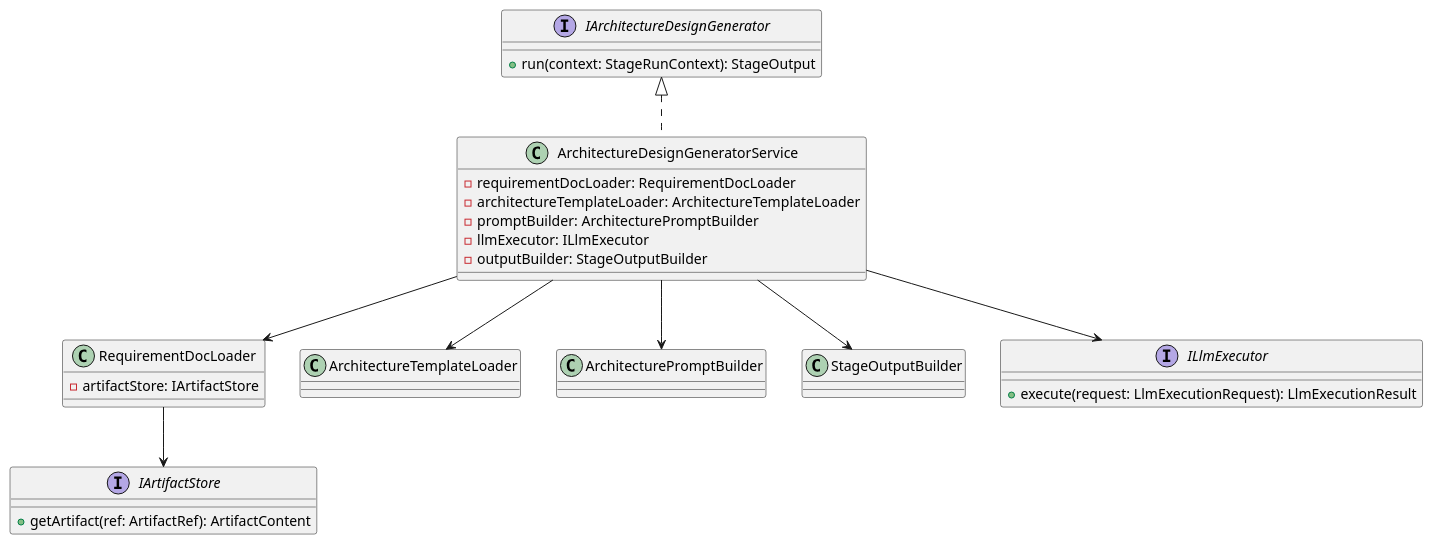
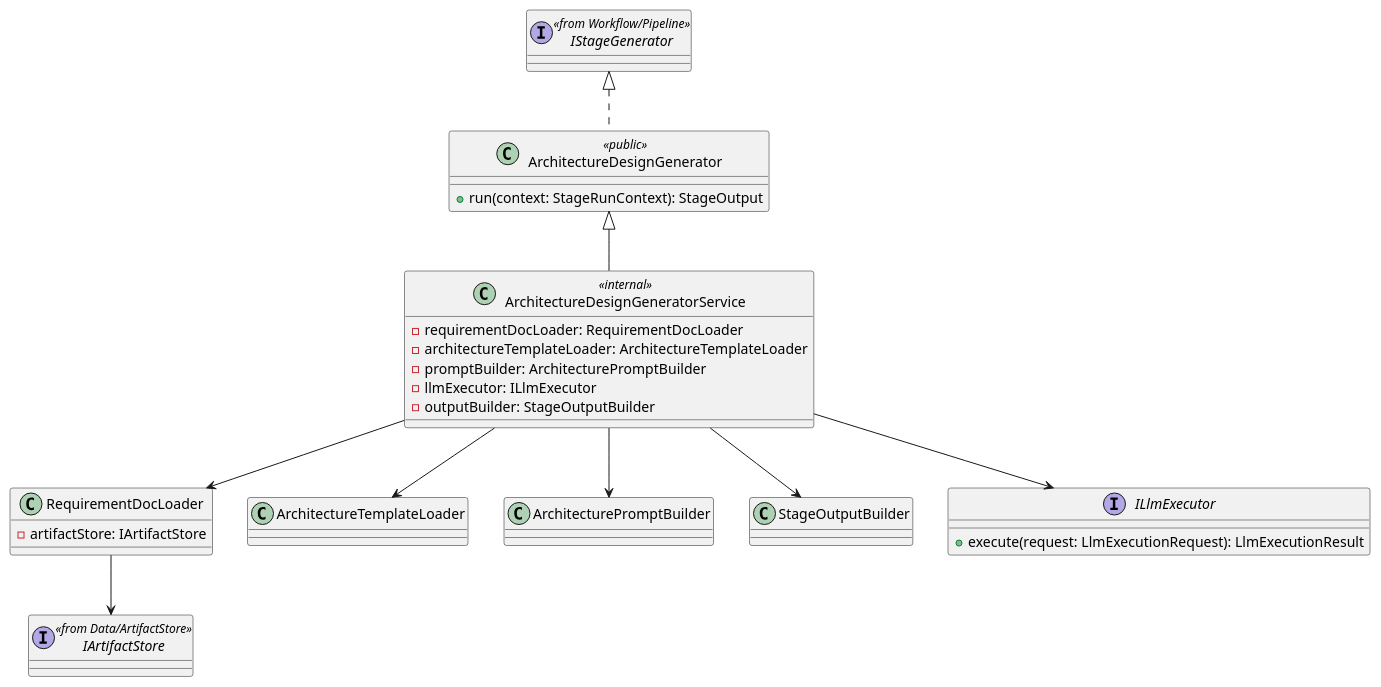
The first of 2 diagrams in meta_layer/docs/design_docs/Execution/ArchitectureDesignGenerator.md (lucky-chen/ai_workflow_travel), drawn with PlantUML before and after one commit. The commit also changed other lines of this file and 18 other files, not shown here.

````diff
--- a/meta_layer/docs/design_docs/Execution/ArchitectureDesignGenerator.md
+++ b/meta_layer/docs/design_docs/Execution/ArchitectureDesignGenerator.md
@@ -37,39 +37,40 @@
 ```plantuml
 @startuml
-interface IArchitectureDesignGenerator {
+interface IStageGenerator <<from Workflow/Pipeline>>
+
+class ArchitectureDesignGenerator <<public>> {
   +run(context: StageRunContext): StageOutput
 }
 
-class ArchitectureDesignGeneratorService {
+class ArchitectureDesignGeneratorService <<internal>> {
   -requirementDocLoader: RequirementDocLoader
   -architectureTemplateLoader: ArchitectureTemplateLoader
   -promptBuilder: ArchitecturePromptBuilder
   -llmExecutor: ILlmExecutor
   -outputBuilder: StageOutputBuilder
 }
 
 class RequirementDocLoader {
   -artifactStore: IArtifactStore
 }
 
 class ArchitectureTemplateLoader
 class ArchitecturePromptBuilder
 class StageOutputBuilder
 
 interface ILlmExecutor {
   +execute(request: LlmExecutionRequest): LlmExecutionResult
 }
 
-interface IArtifactStore {
-  +getArtifact(ref: ArtifactRef): ArtifactContent
-}
+interface IArtifactStore <<from Data/ArtifactStore>>
 
-IArchitectureDesignGenerator <|.. ArchitectureDesignGeneratorService
+IStageGenerator <|.. ArchitectureDesignGenerator
+ArchitectureDesignGenerator <|-- ArchitectureDesignGeneratorService
 ArchitectureDesignGeneratorService --> RequirementDocLoader
 ArchitectureDesignGeneratorService --> ArchitectureTemplateLoader
 ArchitectureDesignGeneratorService --> ArchitecturePromptBuilder
 ArchitectureDesignGeneratorService --> ILlmExecutor
 ArchitectureDesignGeneratorService --> StageOutputBuilder
 RequirementDocLoader --> IArtifactStore
 @enduml
 ```
````
